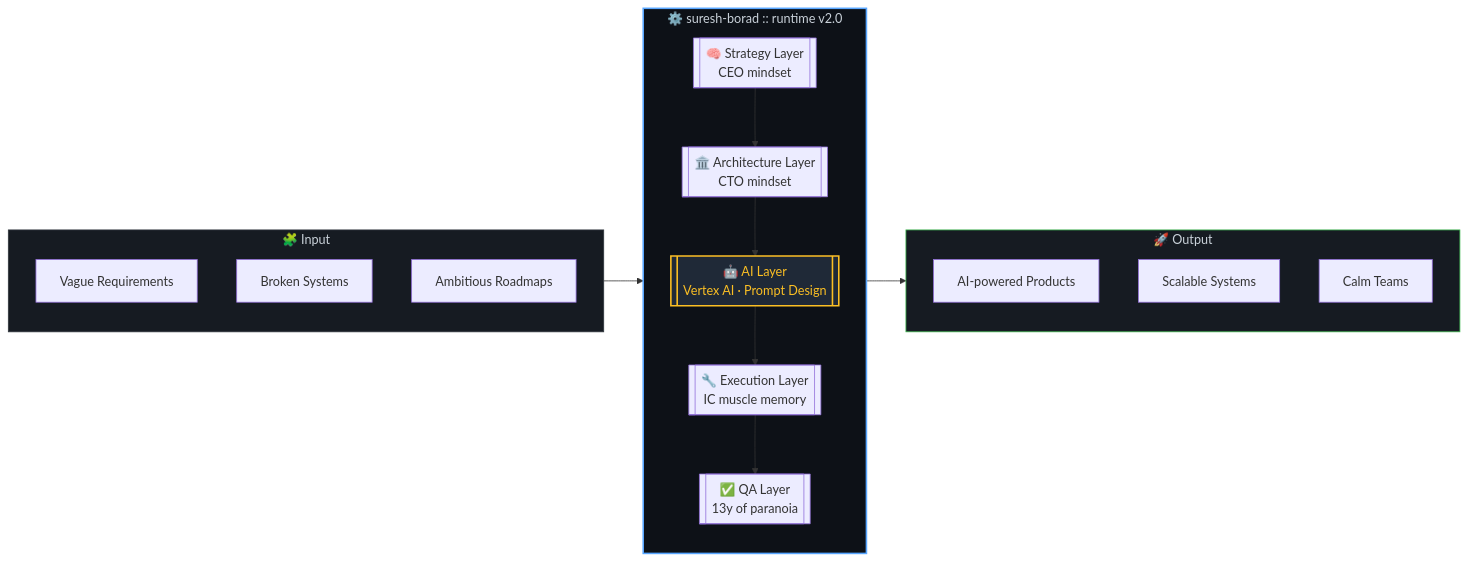
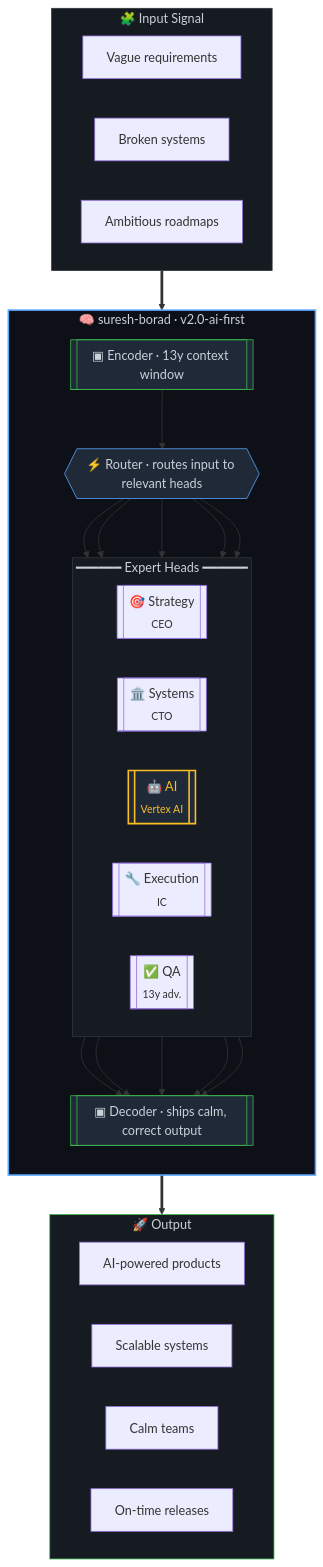
Before and after one commit to suresh-jbt/suresh-jbt: the first of 2 diagrams in README.md, drawn with Mermaid. The commit also changed other lines of this file, not shown here.

````diff
--- a/README.md
+++ b/README.md
@@ -32,31 +82,50 @@
 ```mermaid
-flowchart LR
-    subgraph INPUT["🧩 Input"]
-        A1[Vague Requirements]
-        A2[Broken Systems]
-        A3[Ambitious Roadmaps]
+flowchart TB
+    subgraph IN["🧩 Input Signal"]
+        direction LR
+        I1[Vague requirements]
+        I2[Broken systems]
+        I3[Ambitious roadmaps]
     end
 
-    subgraph CORE["⚙️ suresh-borad :: runtime v2.0"]
+    subgraph MODEL["🧠 suresh-borad · v2.0-ai-first"]
         direction TB
-        B1[["🧠 Strategy Layer<br/>CEO mindset"]]
-        B2[["🏛️ Architecture Layer<br/>CTO mindset"]]
-        B5[["🤖 AI Layer<br/>Vertex AI · Prompt Design"]]
-        B3[["🔧 Execution Layer<br/>IC muscle memory"]]
-        B4[["✅ QA Layer<br/>13y of paranoia"]]
-        B1 --> B2 --> B5 --> B3 --> B4
+
+        ENC[["▣ Encoder · 13y context window"]]
+
+        subgraph HEADS["━━━━━━  Expert Heads  ━━━━━━"]
+            direction LR
+            H1[["🎯 Strategy<br/><sub>CEO</sub>"]]
+            H2[["🏛️ Systems<br/><sub>CTO</sub>"]]
+            H3[["🤖 AI<br/><sub>Vertex AI</sub>"]]
+            H4[["🔧 Execution<br/><sub>IC</sub>"]]
+            H5[["✅ QA<br/><sub>13y adv.</sub>"]]
+        end
+
+        ROUTE{{"⚡ Router · routes input to relevant heads"}}
+        DEC[["▣ Decoder · ships calm, correct output"]]
+
+        ENC --> ROUTE
+        ROUTE --> H1 & H2 & H3 & H4 & H5
+        H1 & H2 & H3 & H4 & H5 --> DEC
     end
 
-    subgraph OUTPUT["🚀 Output"]
-        C1[AI-powered Products]
-        C2[Scalable Systems]
-        C3[Calm Teams]
+    subgraph OUT["🚀 Output"]
+        direction LR
+        O1[AI-powered products]
+        O2[Scalable systems]
+        O3[Calm teams]
+        O4[On-time releases]
     end
 
-    INPUT --> CORE --> OUTPUT
+    IN ==> MODEL ==> OUT
 
-    style CORE fill:#0d1117,stroke:#58a6ff,stroke-width:2px,color:#c9d1d9
-    style B5 fill:#1f2937,stroke:#fbbf24,stroke-width:2px,color:#fbbf24
-    style INPUT fill:#161b22,stroke:#30363d,color:#c9d1d9
-    style OUTPUT fill:#161b22,stroke:#3fb950,color:#c9d1d9
+    style MODEL fill:#0d1117,stroke:#58a6ff,stroke-width:2px,color:#c9d1d9
+    style HEADS fill:#161b22,stroke:#30363d,color:#c9d1d9
+    style H3 fill:#1f2937,stroke:#fbbf24,stroke-width:2px,color:#fbbf24
+    style ROUTE fill:#1f2937,stroke:#58a6ff,color:#c9d1d9
+    style ENC fill:#1f2937,stroke:#3fb950,color:#c9d1d9
+    style DEC fill:#1f2937,stroke:#3fb950,color:#c9d1d9
+    style IN fill:#161b22,stroke:#30363d,color:#c9d1d9
+    style OUT fill:#161b22,stroke:#3fb950,color:#c9d1d9
 ```
````
